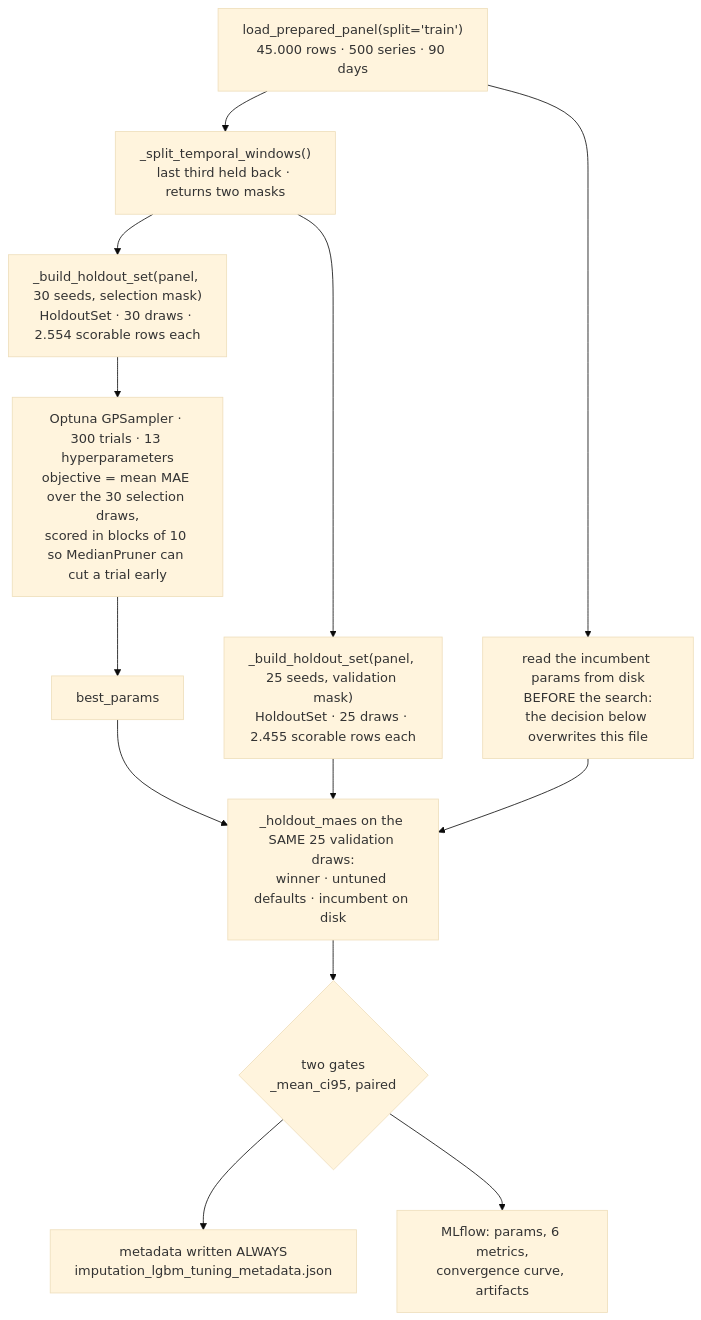
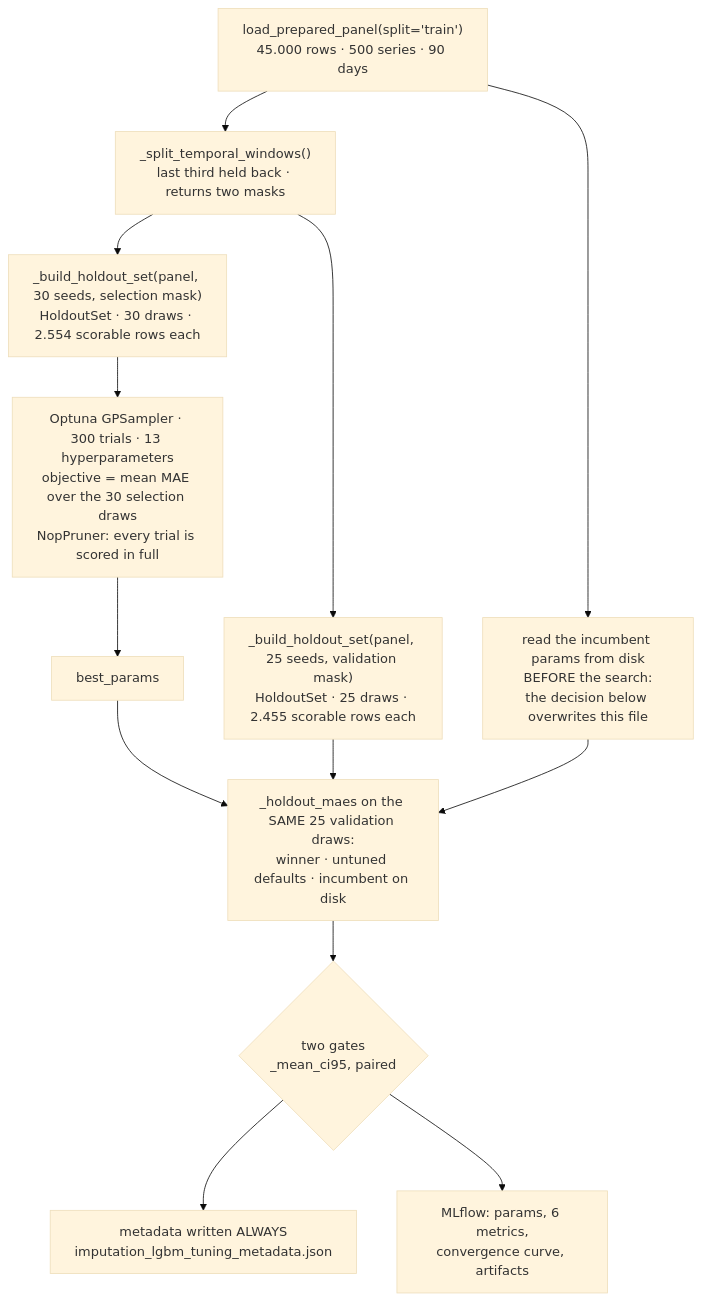
Before and after one commit to ArtemMindlin/retail-demand-forecasting-system: the first of 3 diagrams in src/retail_forecasting/forecasting/imputation_tuning.md, drawn with Mermaid (base theme). The commit also changed other lines of this file and 2 other files, not shown here.

````diff
--- a/src/retail_forecasting/forecasting/imputation_tuning.md
+++ b/src/retail_forecasting/forecasting/imputation_tuning.md
@@ -8,27 +8,27 @@
 ```mermaid
 flowchart TD
     LOAD["load_prepared_panel(split='train')<br/>45.000 rows · 500 series · 90 days"]
     SPLIT["_split_temporal_windows()<br/>last third held back · returns two masks"]
     INC["read the incumbent params from disk<br/>BEFORE the search:<br/>the decision below overwrites this file"]
 
     LOAD --> SPLIT
     LOAD --> INC
     SPLIT --> BSEL
     SPLIT --> BVAL
 
     BSEL["_build_holdout_set(panel, 30 seeds, selection mask)<br/>HoldoutSet · 30 draws · 2.554 scorable rows each"]
     BVAL["_build_holdout_set(panel, 25 seeds, validation mask)<br/>HoldoutSet · 25 draws · 2.455 scorable rows each"]
 
     BSEL --> SEARCH
-    SEARCH["Optuna GPSampler · 300 trials · 13 hyperparameters<br/>objective = mean MAE over the 30 selection draws,<br/>scored in blocks of 10 so MedianPruner can cut a trial early"]
+    SEARCH["Optuna GPSampler · 300 trials · 13 hyperparameters<br/>objective = mean MAE over the 30 selection draws<br/>NopPruner: every trial is scored in full"]
     SEARCH --> BEST["best_params<br/>"]
 
     BEST --> SCORE
     BVAL --> SCORE
     INC --> SCORE
     SCORE["_holdout_maes on the SAME 25 validation draws:<br/>winner · untuned defaults · incumbent on disk"]
 
     SCORE --> GATES{"two gates<br/>_mean_ci95, paired"}
     GATES --> META["metadata written ALWAYS<br/>imputation_lgbm_tuning_metadata.json"]
     GATES --> MLF["MLflow: params, 6 metrics,<br/>convergence curve, artifacts"]
 ```
````
